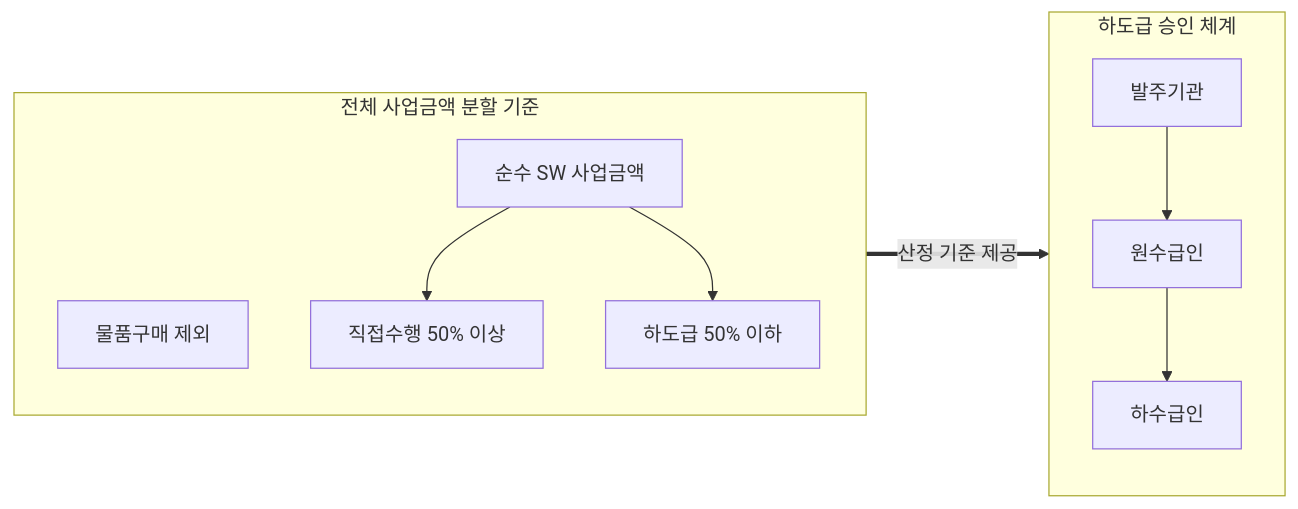
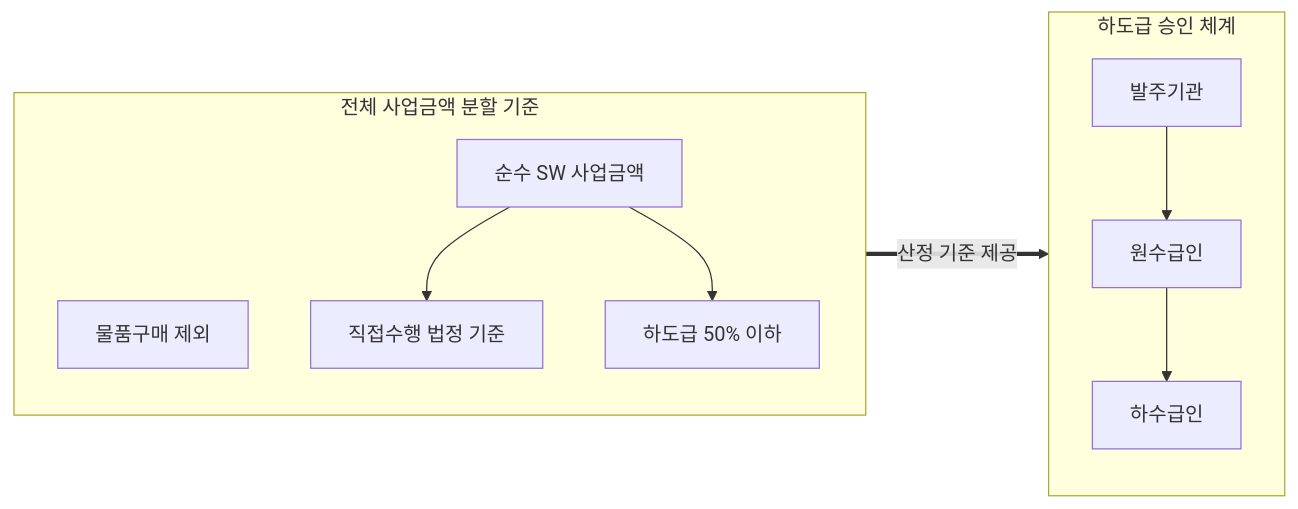
The fourth of 4 diagrams in src/content/docs/notes/itpe/01-it-strategy/097_software_industry_subcontracting_structure.md (agnusdei1207/study), drawn with Mermaid before and after one commit. The commit also changed other lines of this file and 219 other files, not shown here.

````diff
--- a/src/content/docs/notes/itpe/01-it-strategy/097_software_industry_subcontracting_structure.md
+++ b/src/content/docs/notes/itpe/01-it-strategy/097_software_industry_subcontracting_structure.md
@@ -131,15 +134,15 @@
 ```mermaid
 flowchart LR
     subgraph BASIS["전체 사업금액 분할 기준"]
         B1["물품구매 제외"]
         B2["순수 SW 사업금액"]
-        B3["직접수행 50% 이상"]
+        B3["직접수행 법정 기준"]
         B4["하도급 50% 이하"]
         B2 --> B3
         B2 --> B4
     end
     subgraph ACTORS["하도급 승인 체계"]
         A1["발주기관"] --> A2["원수급인"] --> A3["하수급인"]
     end
     BASIS ==>|산정 기준 제공| ACTORS
 ```
````
